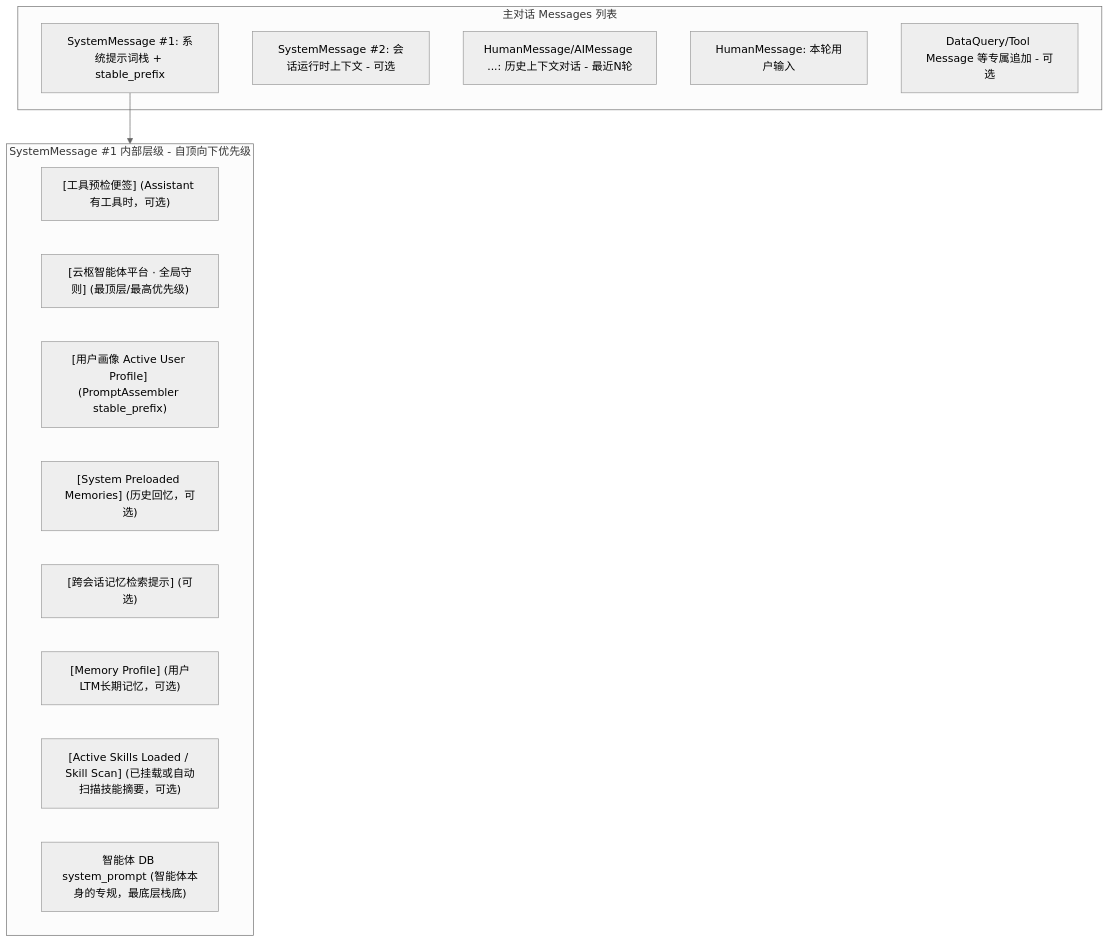
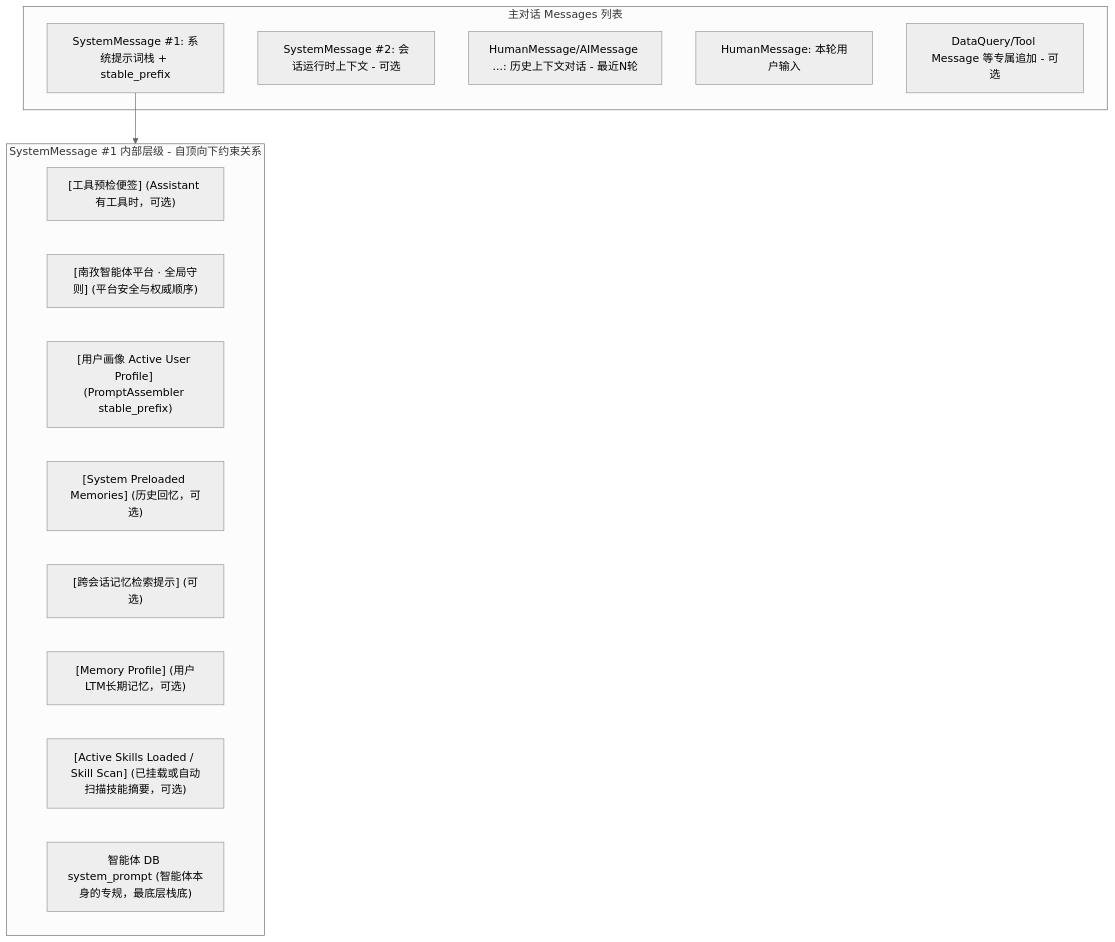
Before and after one commit to zhaoruifeng01/nanzi-ai-agent-platform: the diagram in architech/design/chat/PROMPT_LAYERS.md, drawn with Mermaid (neutral theme). The commit also changed other lines of this file and 18 other files, not shown here.

````diff
--- a/architech/design/chat/PROMPT_LAYERS.md
+++ b/architech/design/chat/PROMPT_LAYERS.md
@@ -102,23 +108,23 @@
 ```mermaid
 graph TD
     subgraph Messages[主对话 Messages 列表]
         M1[SystemMessage #1: 系统提示词栈 + stable_prefix]
         M3[SystemMessage #2: 会话运行时上下文 - 可选]
         M4[HumanMessage/AIMessage ...: 历史上下文对话 - 最近N轮]
         M5[HumanMessage: 本轮用户输入]
         M6[DataQuery/Tool Message 等专属追加 - 可选]
     end
 
-    subgraph M1_Detail[SystemMessage #1 内部层级 - 自顶向下优先级]
+    subgraph M1_Detail[SystemMessage #1 内部层级 - 自顶向下约束关系]
         M1_0["[工具预检便签] (Assistant 有工具时，可选)"]
-        M1_1["[云枢智能体平台 · 全局守则] (最顶层/最高优先级)"]
+        M1_1["[南孜智能体平台 · 全局守则] (平台安全与权威顺序)"]
         M1_1b["[用户画像 Active User Profile] (PromptAssembler stable_prefix)"]
         M1_2["[System Preloaded Memories] (历史回忆，可选)"]
         M1_3["[跨会话记忆检索提示] (可选)"]
         M1_4["[Memory Profile] (用户LTM长期记忆，可选)"]
         M1_5["[Active Skills Loaded / Skill Scan] (已挂载或自动扫描技能摘要，可选)"]
         M1_6["智能体 DB system_prompt (智能体本身的专规，最底层栈底)"]
     end
 
     M1 --> M1_Detail
 ```
````
